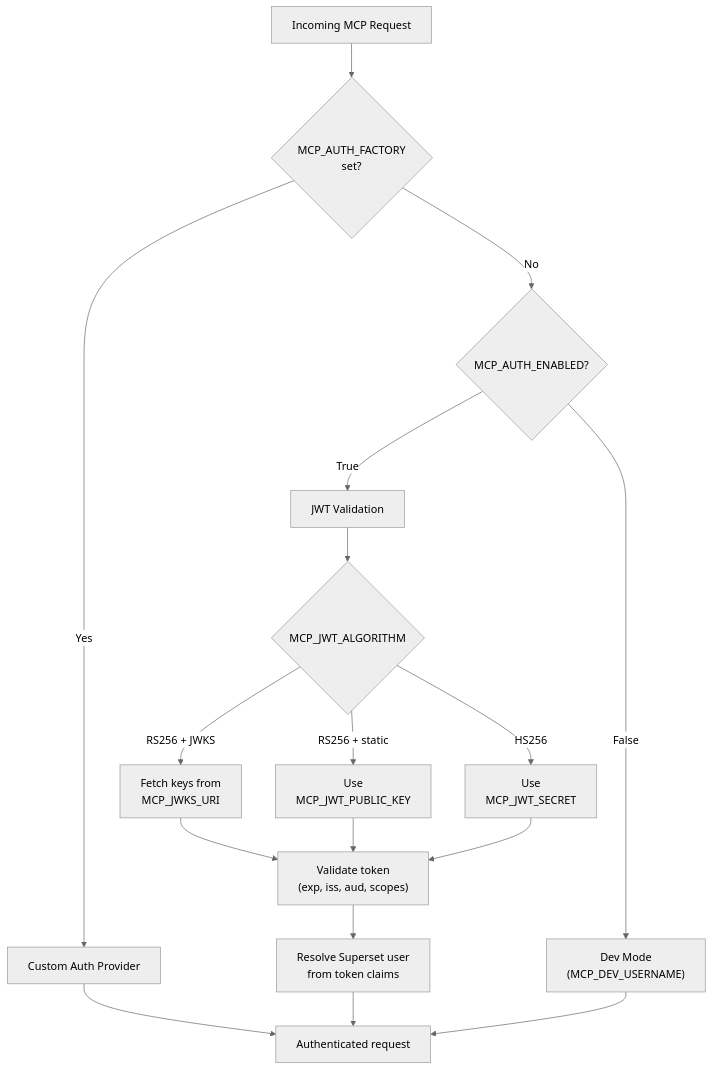
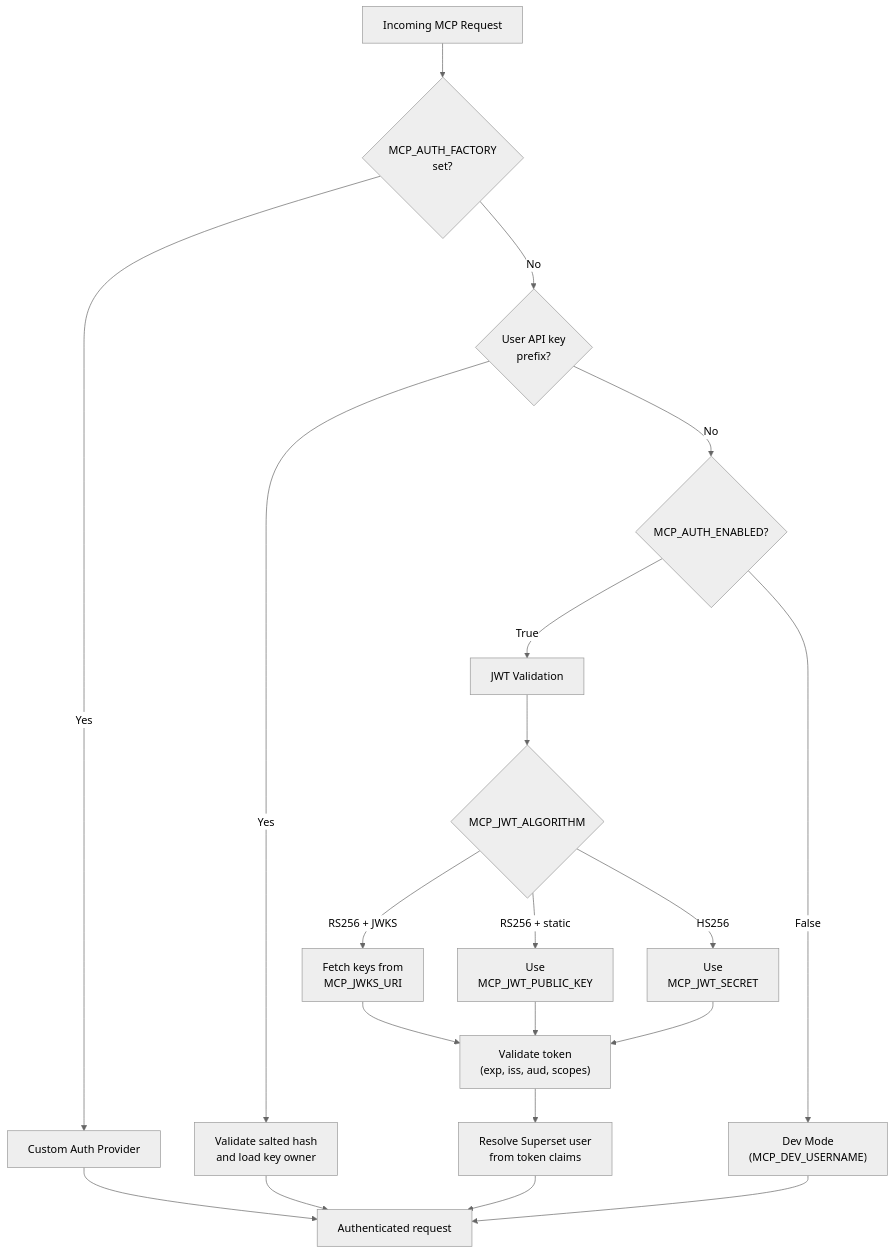
Before and after one commit to defai-digital/ax-bi: the second of 4 diagrams in docs/admin_docs/configuration/mcp-server.mdx, drawn with Mermaid (neutral theme). The commit also changed other lines of this file and 17 other files, not shown here.

Commit message:
feat(mcp): align SDK and API key contracts

````diff
--- a/docs/admin_docs/configuration/mcp-server.mdx
+++ b/docs/admin_docs/configuration/mcp-server.mdx
@@ -111,21 +113,24 @@
 ```mermaid
 flowchart TD
     R["Incoming MCP Request"] --> F{"MCP_AUTH_FACTORY<br/>set?"}
     F -- Yes --> CF["Custom Auth Provider"]
-    F -- No --> AE{"MCP_AUTH_ENABLED?"}
+    F -- No --> K{"User API key<br/>prefix?"}
+    K -- Yes --> FAB["Validate salted hash<br/>and load key owner"]
+    K -- No --> AE{"MCP_AUTH_ENABLED?"}
     AE -- "True" --> JWT["JWT Validation"]
     AE -- "False" --> DU["Dev Mode<br/>(MCP_DEV_USERNAME)"]
 
     JWT --> ALG{"MCP_JWT_ALGORITHM"}
     ALG -- "RS256 + JWKS" --> JWKS["Fetch keys from<br/>MCP_JWKS_URI"]
     ALG -- "RS256 + static" --> PK["Use<br/>MCP_JWT_PUBLIC_KEY"]
     ALG -- "HS256" --> SEC["Use<br/>MCP_JWT_SECRET"]
 
     JWKS --> V["Validate token<br/>(exp, iss, aud, scopes)"]
     PK --> V
     SEC --> V
     V --> UR["Resolve Superset user<br/>from token claims"]
     UR --> OK["Authenticated request"]
+    FAB --> OK
     CF --> OK
     DU --> OK
 ```
````
